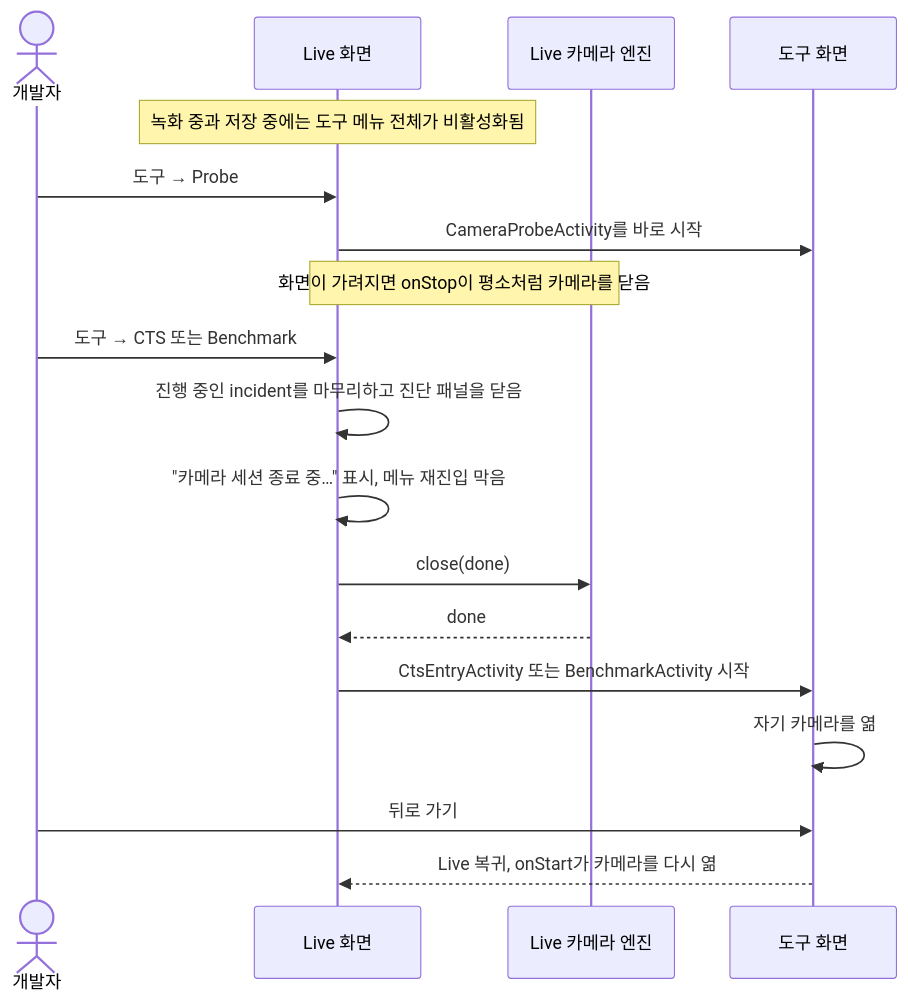
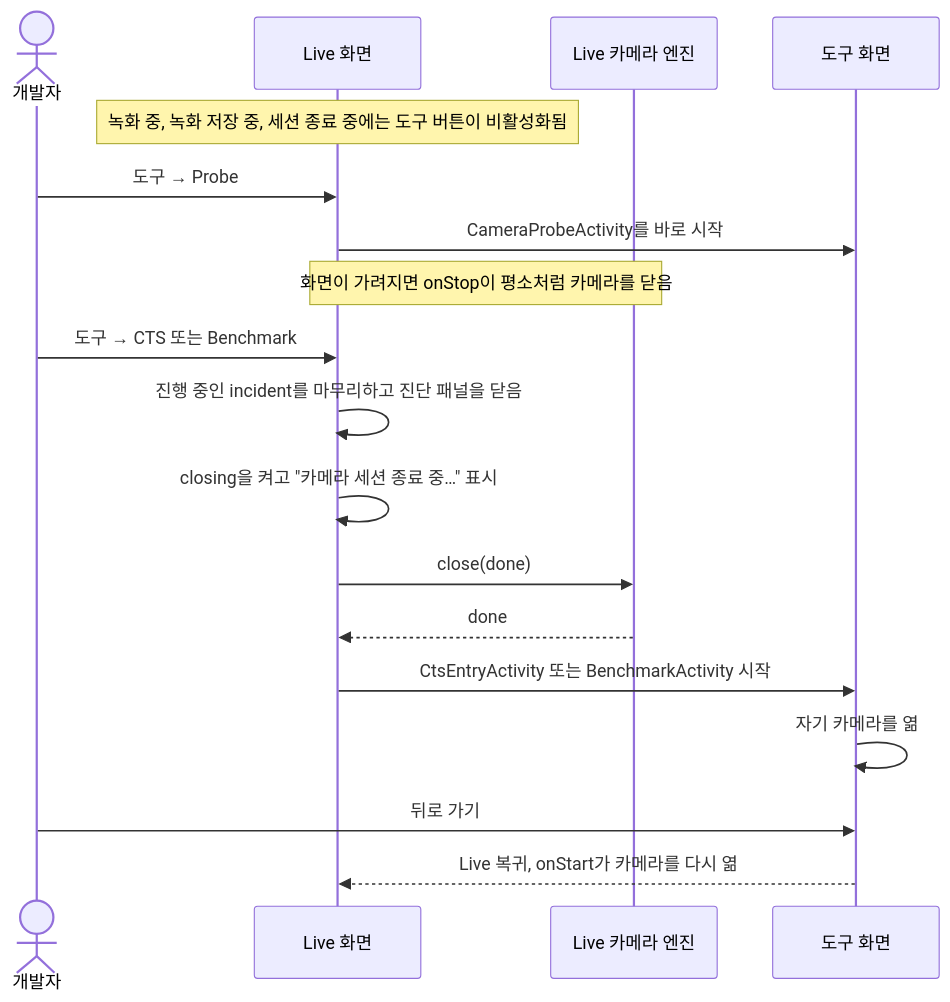
Before and after one commit to TTolsun/hal-camera: the second of 3 diagrams in docs/design/APP-UI.md, drawn with Mermaid. The commit also changed other lines of this file, not shown here.

````diff
--- a/docs/design/APP-UI.md
+++ b/docs/design/APP-UI.md
@@ -98,20 +98,20 @@
 ```mermaid
 sequenceDiagram
     actor U as 개발자
     participant L as Live 화면
     participant E as Live 카메라 엔진
     participant T as 도구 화면
-    Note over L: 녹화 중과 저장 중에는 도구 메뉴 전체가 비활성화됨
+    Note over L: 녹화 중, 녹화 저장 중, 세션 종료 중에는 도구 버튼이 비활성화됨
     U->>L: 도구 → Probe
     L->>T: CameraProbeActivity를 바로 시작
     Note over L,E: 화면이 가려지면 onStop이 평소처럼 카메라를 닫음
     U->>L: 도구 → CTS 또는 Benchmark
     L->>L: 진행 중인 incident를 마무리하고 진단 패널을 닫음
-    L->>L: "카메라 세션 종료 중…" 표시, 메뉴 재진입 막음
+    L->>L: closing을 켜고 "카메라 세션 종료 중…" 표시
     L->>E: close(done)
     E-->>L: done
     L->>T: CtsEntryActivity 또는 BenchmarkActivity 시작
     T->>T: 자기 카메라를 엶
     U->>T: 뒤로 가기
     T-->>L: Live 복귀, onStart가 카메라를 다시 엶
 ```
````
